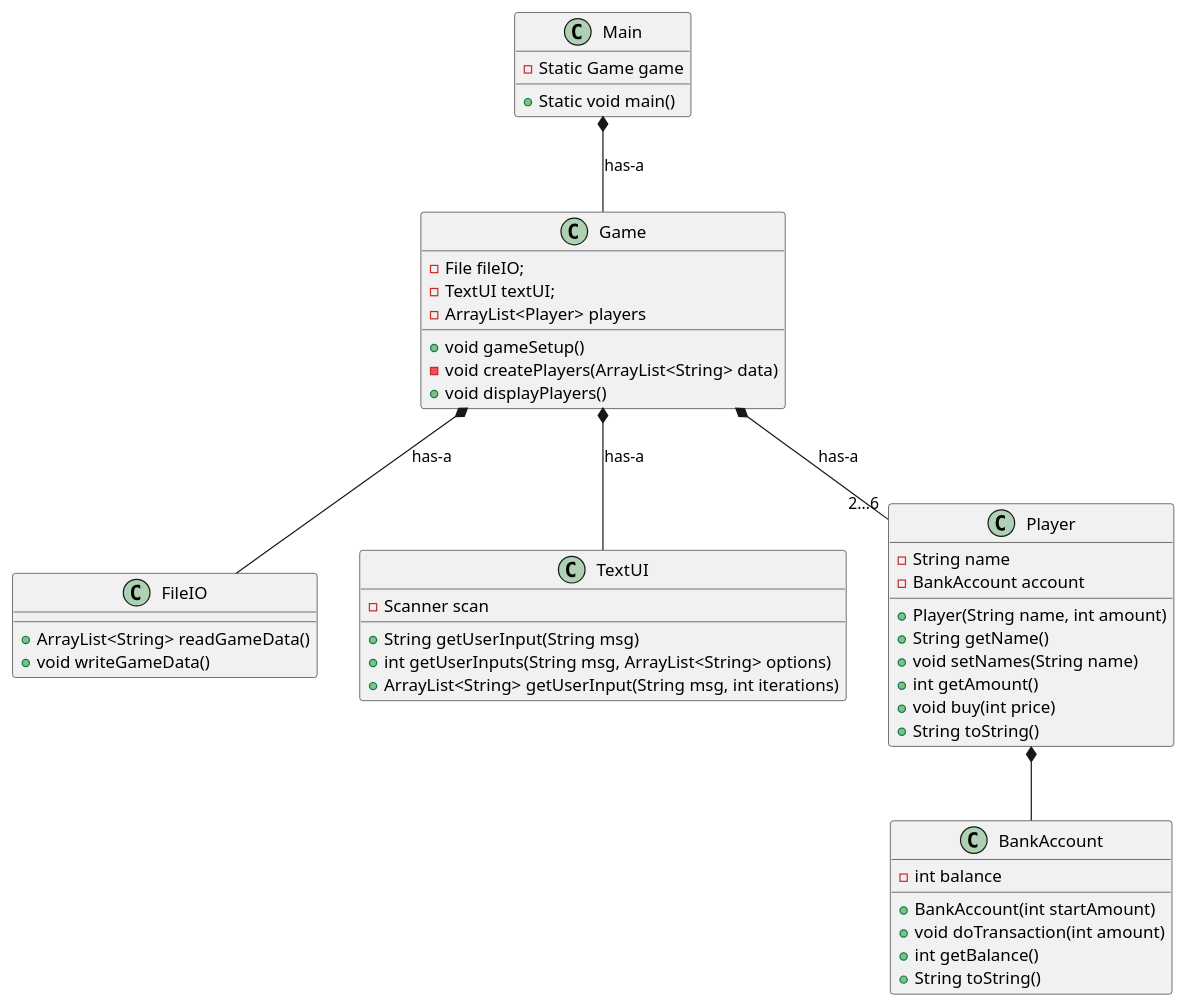
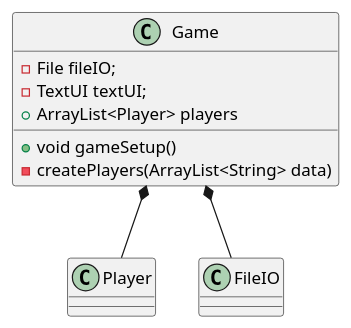
One commit to HeinLarsen/monopoly changed the diagram in Documentation/classdiagram_v1.0.puml. Above: the diagram before and after it, drawn with PlantUML. The commit also changed 21 other files, not shown here.

```diff
--- a/Documentation/classdiagram_v1.0.puml
+++ b/Documentation/classdiagram_v1.0.puml
@@ -1,49 +1,17 @@
 @startuml
 class Game
-class Main
+class Player
 class FileIO
-class TextUI
-class Player
-class BankAccount
-
-Main : - Static Game game
-Main : + Static void main()
 
 Game : - File fileIO;
 Game : - TextUI textUI;
-Game : - ArrayList<Player> players
+Game : + ArrayList<Player> players
 Game : + void gameSetup()
-Game : - void createPlayers(ArrayList<String> data)
-Game : + void displayPlayers()
+Game : - createPlayers(ArrayList<String> data)
 
-FileIO : + ArrayList<String> readGameData()
-FileIO : + void writeGameData()
-
-TextUI : + String getUserInput(String msg)
-TextUI : + int getUserInputs(String msg, ArrayList<String> options)
-TextUI : + ArrayList<String> getUserInput(String msg, int iterations)
-TextUI : - Scanner scan
-
-Player : - String name
-Player : - BankAccount account
-Player : + Player(String name, int amount)
-Player : + String getName()
-Player : + void setNames(String name)
-Player : + int getAmount()
-Player : + void buy(int price)
-Player : + String toString()
-
-BankAccount : - int balance
-BankAccount : + BankAccount(int startAmount)
-BankAccount : + void doTransaction(int amount)
-BankAccount : + int getBalance()
-BankAccount : + String toString()
+Game *-- FileIO
+Game *-- Player
 
 
-Main *-- Game : has-a
-Game *-- FileIO : has-a
-Game *-- "2...6" Player : has-a
-Game *-- TextUI : has-a
-Player *-- BankAccount
 
 @enduml
```
